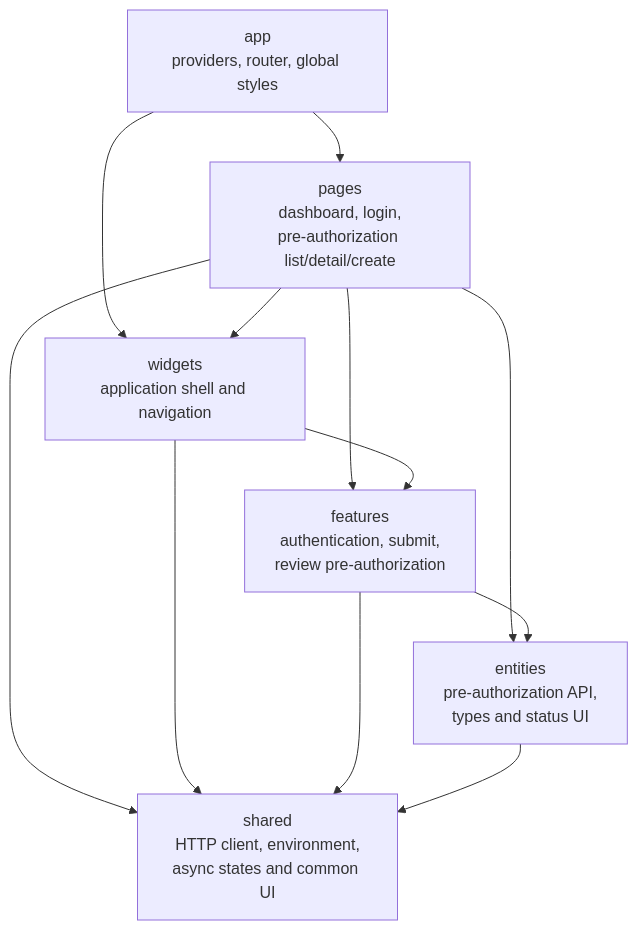
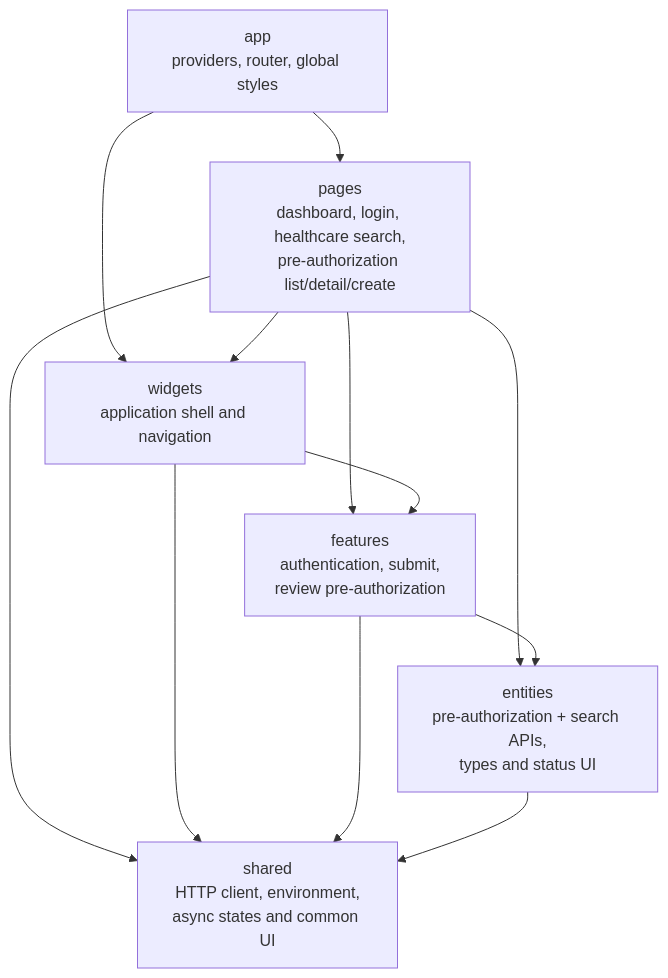
Before and after one commit to aydindemir1/health-insurance-platform: the diagram in docs/architecture/frontend-architecture.md, drawn with Mermaid. The commit also changed other lines of this file and 23 other files, not shown here.

````diff
--- a/docs/architecture/frontend-architecture.md
+++ b/docs/architecture/frontend-architecture.md
@@ -3,21 +3,21 @@
 ```mermaid
 flowchart TB
     App["app<br/>providers, router, global styles"]
-    Pages["pages<br/>dashboard, login,<br/>pre-authorization list/detail/create"]
+    Pages["pages<br/>dashboard, login, healthcare search,<br/>pre-authorization list/detail/create"]
     Widgets["widgets<br/>application shell and navigation"]
     Features["features<br/>authentication, submit,<br/>review pre-authorization"]
-    Entities["entities<br/>pre-authorization API,<br/>types and status UI"]
+    Entities["entities<br/>pre-authorization + search APIs,<br/>types and status UI"]
     Shared["shared<br/>HTTP client, environment,<br/>async states and common UI"]
 
     App --> Pages
     App --> Widgets
     Pages --> Widgets
     Pages --> Features
     Pages --> Entities
     Pages --> Shared
     Widgets --> Features
     Widgets --> Shared
     Features --> Entities
     Features --> Shared
     Entities --> Shared
 ```
````
